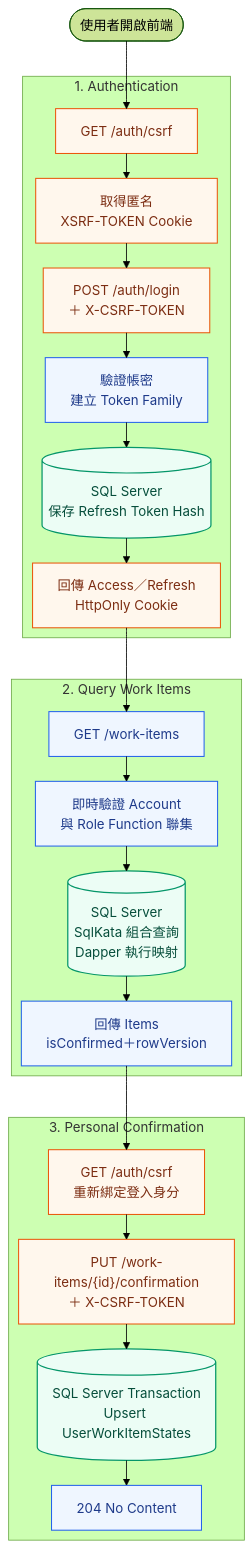
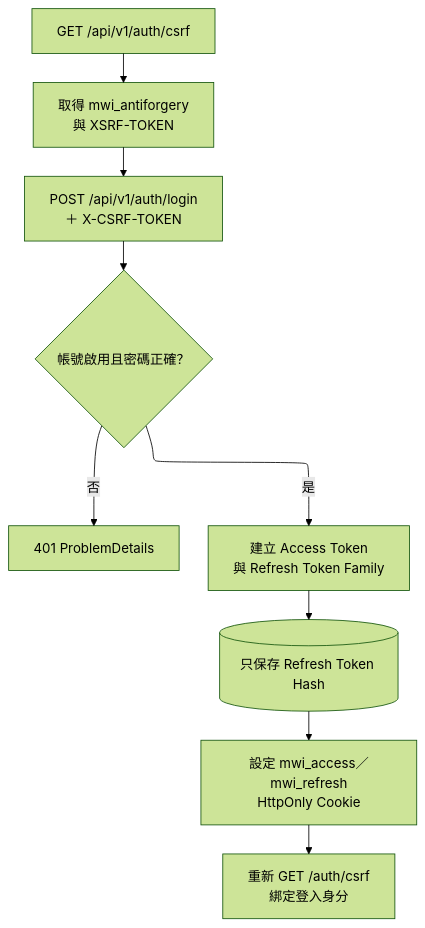
One commit to JJDing-Louis/MyWorkItem_Backend changed the fourth of 6 diagrams in docs/RuntimeWorkflow.md. Above: the diagram before and after it, drawn with Mermaid (forest theme). The commit also changed other lines of this file and 10 other files, not shown here.

````diff
--- a/docs/RuntimeWorkflow.md
+++ b/docs/RuntimeWorkflow.md
@@ -3,48 +93,13 @@
 ```mermaid
 %%{init: {"flowchart": {"defaultRenderer": "elk", "nodeSpacing": 50, "rankSpacing": 75}}}%%
 flowchart TD
-    start(["使用者開啟前端"])
-
-    subgraph authentication["1. Authentication"]
-        direction LR
-        csrfAnonymous["GET /auth/csrf"]
-        csrfCookie["取得匿名<br/>XSRF-TOKEN Cookie"]
-        login["POST /auth/login<br/>＋ X-CSRF-TOKEN"]
-        verify["驗證帳密<br/>建立 Token Family"]
-        saveRefresh[("SQL Server<br/>保存 Refresh Token Hash")]
-        authCookies["回傳 Access／Refresh<br/>HttpOnly Cookie"]
-
-        csrfAnonymous --> csrfCookie --> login --> verify --> saveRefresh --> authCookies
-    end
-
-    subgraph query["2. Query Work Items"]
-        direction LR
-        list["GET /work-items"]
-        authorize["即時驗證 Account<br/>與 Role Function 聯集"]
-        queryItems[("SQL Server<br/>SqlKata 組合查詢<br/>Dapper 執行映射")]
-        listResult["回傳 Items<br/>isConfirmed＋rowVersion"]
-
-        list --> authorize --> queryItems --> listResult
-    end
-
-    subgraph confirmation["3. Personal Confirmation"]
-        direction LR
-        csrfAuthenticated["GET /auth/csrf<br/>重新綁定登入身分"]
-        confirm["PUT /work-items/{id}/confirmation<br/>＋ X-CSRF-TOKEN"]
-        transaction[("SQL Server Transaction<br/>Upsert UserWorkItemStates")]
-        noContent["204 No Content"]
-
-        csrfAuthenticated --> confirm --> transaction --> noContent
-    end
-
-    start --> csrfAnonymous
-    authCookies --> list
-    listResult --> csrfAuthenticated
-
-    classDef step fill:#EFF6FF,stroke:#2563EB,color:#1E3A8A,stroke-width:1.25px;
-    classDef security fill:#FFF7ED,stroke:#EA580C,color:#7C2D12,stroke-width:1.25px;
-    classDef storage fill:#ECFDF5,stroke:#059669,color:#064E3B,stroke-width:1.5px;
-    class csrfAnonymous,csrfCookie,login,authCookies,csrfAuthenticated,confirm security;
-    class verify,list,authorize,listResult,noContent step;
-    class saveRefresh,queryItems,transaction storage;
+    csrf["GET /api/v1/auth/csrf"] --> token["取得 mwi_antiforgery<br/>與 XSRF-TOKEN"]
+    token --> login["POST /api/v1/auth/login<br/>＋ X-CSRF-TOKEN"]
+    credentials{"帳號啟用且密碼正確？"}
+    login --> credentials
+    credentials -->|"否"| loginFail["401 ProblemDetails"]
+    credentials -->|"是"| issue["建立 Access Token<br/>與 Refresh Token Family"]
+    issue --> save[("只保存 Refresh Token Hash")]
+    save --> cookies["設定 mwi_access／mwi_refresh<br/>HttpOnly Cookie"]
+    cookies --> authCsrf["重新 GET /auth/csrf<br/>綁定登入身分"]
 ```
````
